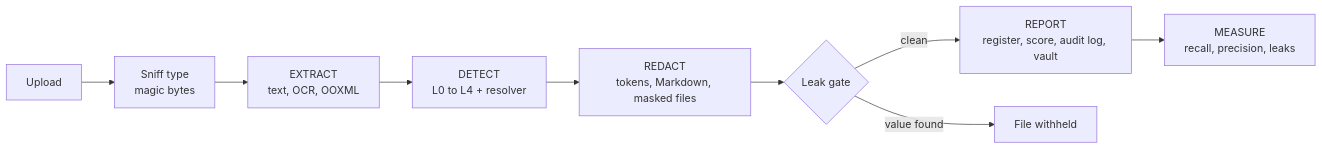
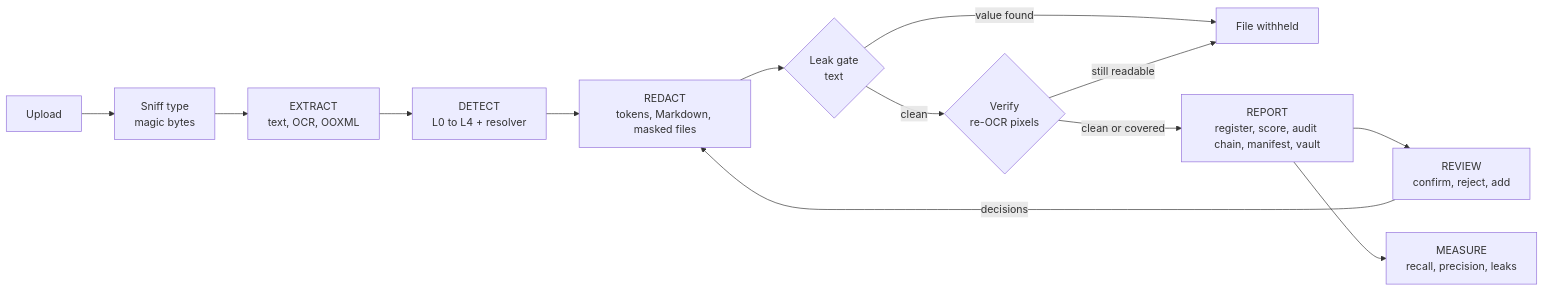
The diagram in README.md (krishjain-2301/optiv), drawn with Mermaid before and after one commit. The commit also changed other lines of this file and 53 other files, not shown here.

````diff
--- a/README.md
+++ b/README.md
@@ -81,11 +89,15 @@
 ```mermaid
 flowchart LR
     A[Upload] --> B[Sniff type<br/>magic bytes]
     B --> C[EXTRACT<br/>text, OCR, OOXML]
     C --> D[DETECT<br/>L0 to L4 + resolver]
     D --> E[REDACT<br/>tokens, Markdown, masked files]
-    E --> G{Leak gate}
-    G -- clean --> F[REPORT<br/>register, score, audit log, vault]
+    E --> G{Leak gate<br/>text}
+    G -- clean --> V{Verify<br/>re-OCR pixels}
     G -- value found --> X[File withheld]
+    V -- clean or covered --> F[REPORT<br/>register, score, audit chain, manifest, vault]
+    V -- still readable --> X
+    F --> R[REVIEW<br/>confirm, reject, add]
+    R -- decisions --> E
     F --> H[MEASURE<br/>recall, precision, leaks]
 ```
````
